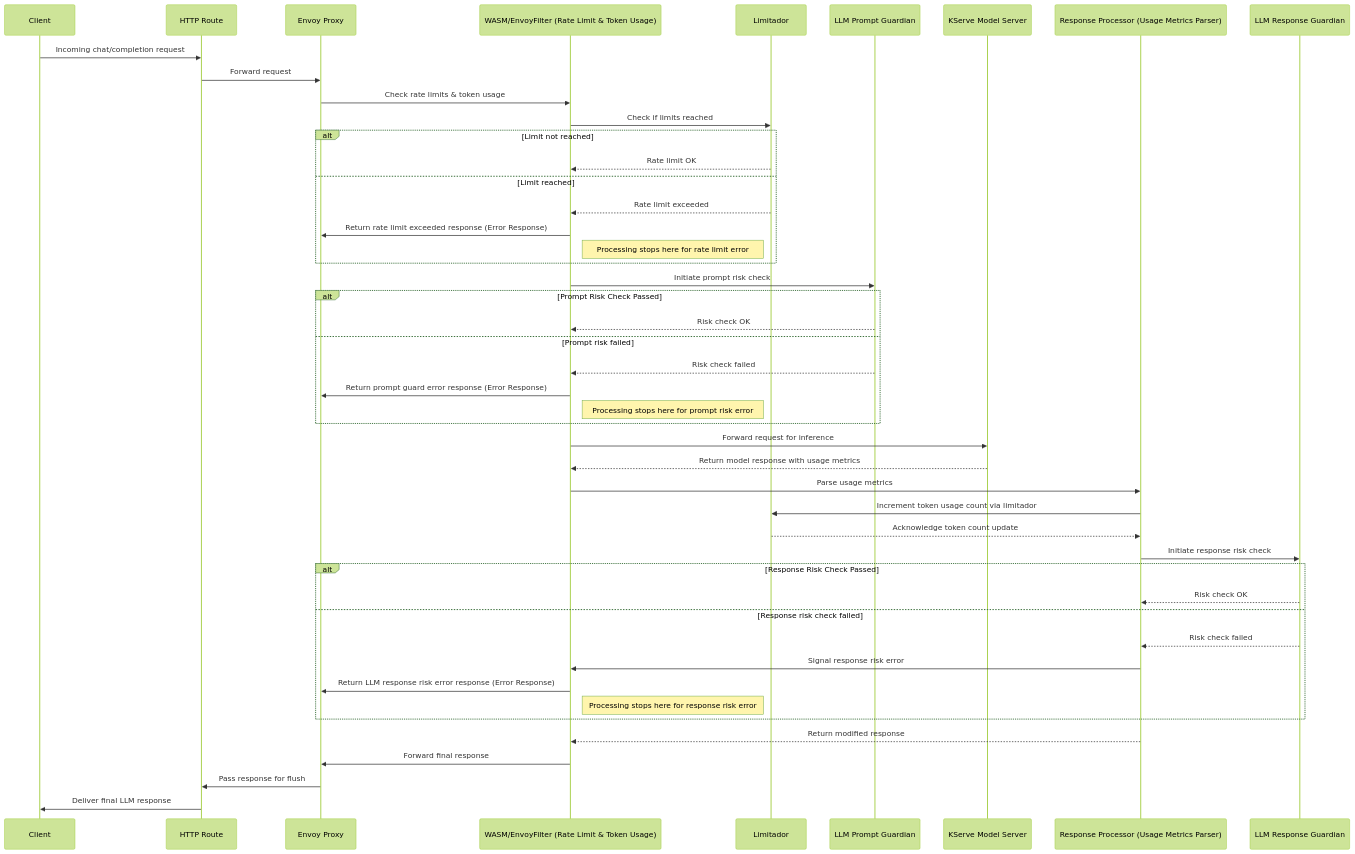
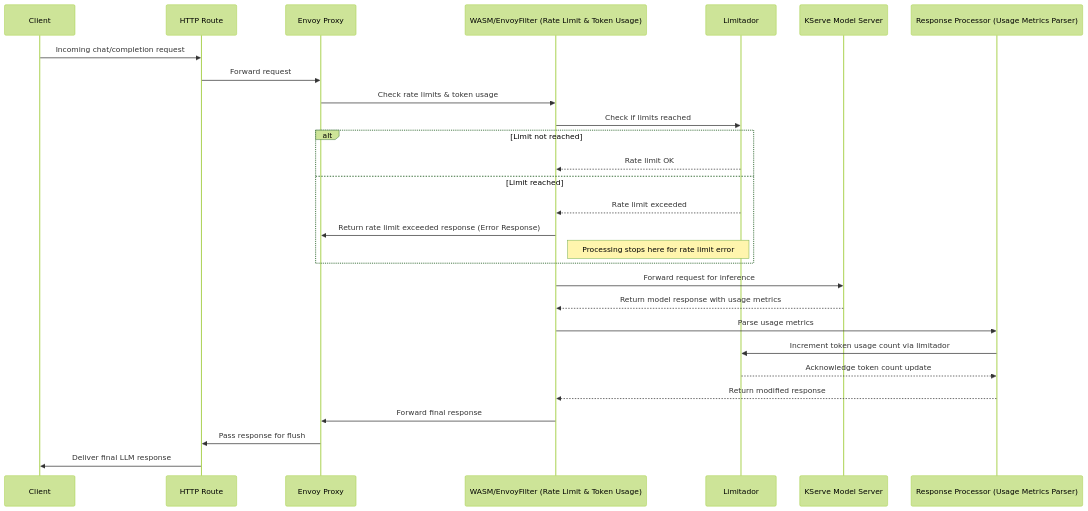
One commit to Kuadrant/architecture changed the first of 2 diagrams in rfcs/0013-ai-policies.md. Above: the diagram before and after it, drawn with Mermaid (forest theme). The commit also changed other lines of this file, not shown here.

Commit message:
separate diagrams for rate limiting vs guarding

````diff
--- a/rfcs/0013-ai-policies.md
+++ b/rfcs/0013-ai-policies.md
@@ -202,65 +206,42 @@
 ```mermaid
 sequenceDiagram
   participant C as Client
   participant HR as HTTP Route
   participant E as Envoy Proxy
   participant WL as WASM/EnvoyFilter (Rate Limit & Token Usage)
   participant L as Limitador
-  participant PG as LLM Prompt Guardian
   participant MS as KServe Model Server
   participant RPM as Response Processor (Usage Metrics Parser)
-  participant RG as LLM Response Guardian
 
   %% initial req
   C->>HR: Incoming chat/completion request
   HR->>E: Forward request
 
   %% pre-model-server token rate limiting check
   E->>WL: Check rate limits & token usage
   WL->>L: Check if limits reached
   alt Limit not reached
     L-->>WL: Rate limit OK
   else Limit reached
     L-->>WL: Rate limit exceeded
     WL->>E: Return rate limit exceeded response (Error Response)
     note right of WL: Processing stops here for rate limit error
   end
 
-  %% prompt risk check
-  WL->>PG: Initiate prompt risk check
-  alt Prompt Risk Check Passed
-    PG-->>WL: Risk check OK
-  else Prompt risk failed
-    PG-->>WL: Risk check failed
-    WL->>E: Return prompt guard error response (Error Response)
-    note right of WL: Processing stops here for prompt risk error
-  end
-
   %% forward request for inference if no early errors above
   WL->>MS: Forward request for inference
   MS-->>WL: Return model response with usage metrics
 
   %% process response: parse usage metrics from model response
   WL->>RPM: Parse usage metrics
 
   %% update token usage count via Limitador
   RPM->>L: Increment token usage count via limitador
   L-->>RPM: Acknowledge token count update
 
-  %% response risk check
-  RPM->>RG: Initiate response risk check
-  alt Response Risk Check Passed
-    RG-->>RPM: Risk check OK
-  else Response risk check failed
-    RG-->>RPM: Risk check failed
-    RPM->>WL: Signal response risk error
-    WL->>E: Return LLM response risk error response (Error Response)
-    note right of WL: Processing stops here for response risk error
-  end
-
   %% final inference response: deliver back to client
   RPM-->>WL: Return modified response
   WL->>E: Forward final response
   E->>HR: Pass response for flush
   HR->>C: Deliver final LLM response
 ```
````
